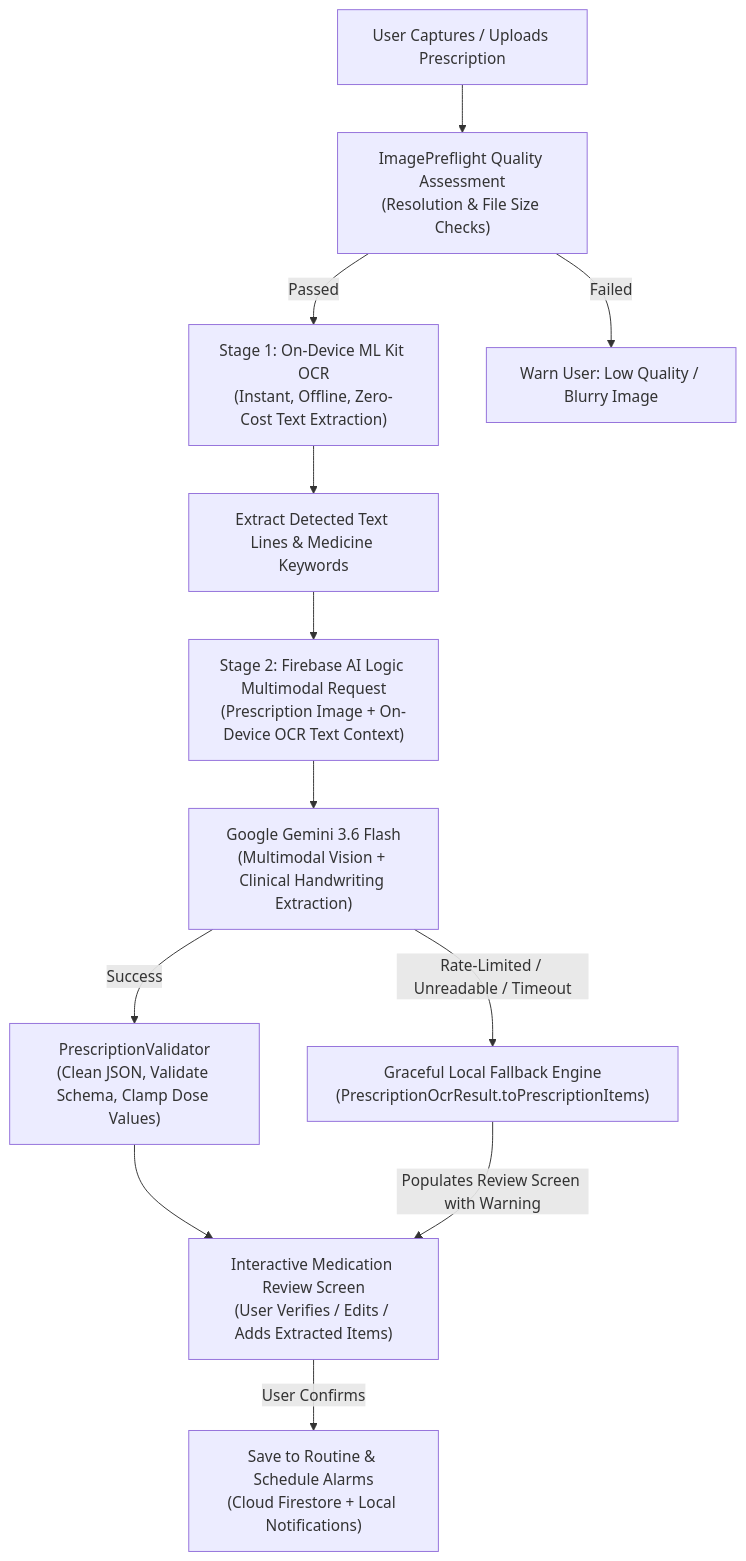
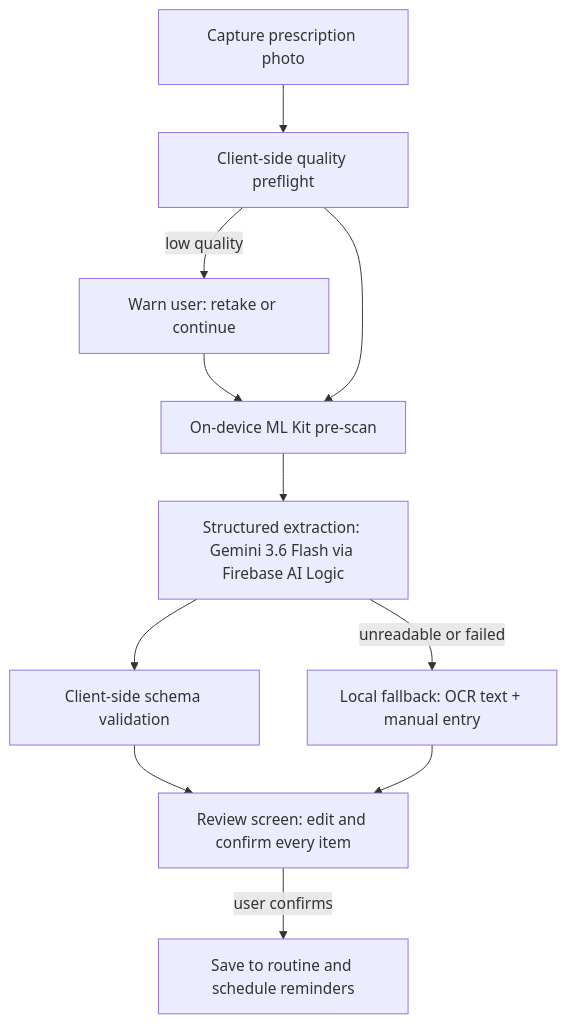
One commit to helix-77/MediTrack changed the second of 2 diagrams in README.md. Above: the diagram before and after it, drawn with Mermaid. The commit also changed other lines of this file and 24 other files, not shown here.

````diff
--- a/README.md
+++ b/README.md
@@ -94,19 +116,13 @@
 ```mermaid
 flowchart TD
-    A["User Captures / Uploads Prescription"] --> B["ImagePreflight Quality Assessment\n(Resolution & File Size Checks)"]
-    B -->|Passed| C["Stage 1: On-Device ML Kit OCR\n(Instant, Offline, Zero-Cost Text Extraction)"]
-    B -->|Failed| Alert["Warn User: Low Quality / Blurry Image"]
-
-    C --> D["Extract Detected Text Lines & Medicine Keywords"]
-    D --> E["Stage 2: Firebase AI Logic Multimodal Request\n(Prescription Image + On-Device OCR Text Context)"]
-
-    E --> F["Google Gemini 3.6 Flash\n(Multimodal Vision + Clinical Handwriting Extraction)"]
-
-    F -->|Success| G["PrescriptionValidator\n(Clean JSON, Validate Schema, Clamp Dose Values)"]
-    F -->|Rate-Limited / Unreadable / Timeout| H["Graceful Local Fallback Engine\n(PrescriptionOcrResult.toPrescriptionItems)"]
-
-    G --> I["Interactive Medication Review Screen\n(User Verifies / Edits / Adds Extracted Items)"]
-    H -->|Populates Review Screen with Warning| I
-
-    I -->|User Confirms| J["Save to Routine & Schedule Alarms\n(Cloud Firestore + Local Notifications)"]
+    A["Capture prescription photo"] --> B["Client-side quality preflight"]
+    B -->|"low quality"| W["Warn user: retake or continue"]
+    W --> C["On-device ML Kit pre-scan"]
+    B --> C
+    C --> D["Structured extraction: Gemini 3.6 Flash via Firebase AI Logic"]
+    D -->|"unreadable or failed"| F["Local fallback: OCR text + manual entry"]
+    D --> E["Client-side schema validation"]
+    E --> R["Review screen: edit and confirm every item"]
+    F --> R
+    R -->|"user confirms"| S["Save to routine and schedule reminders"]
 ```
````
